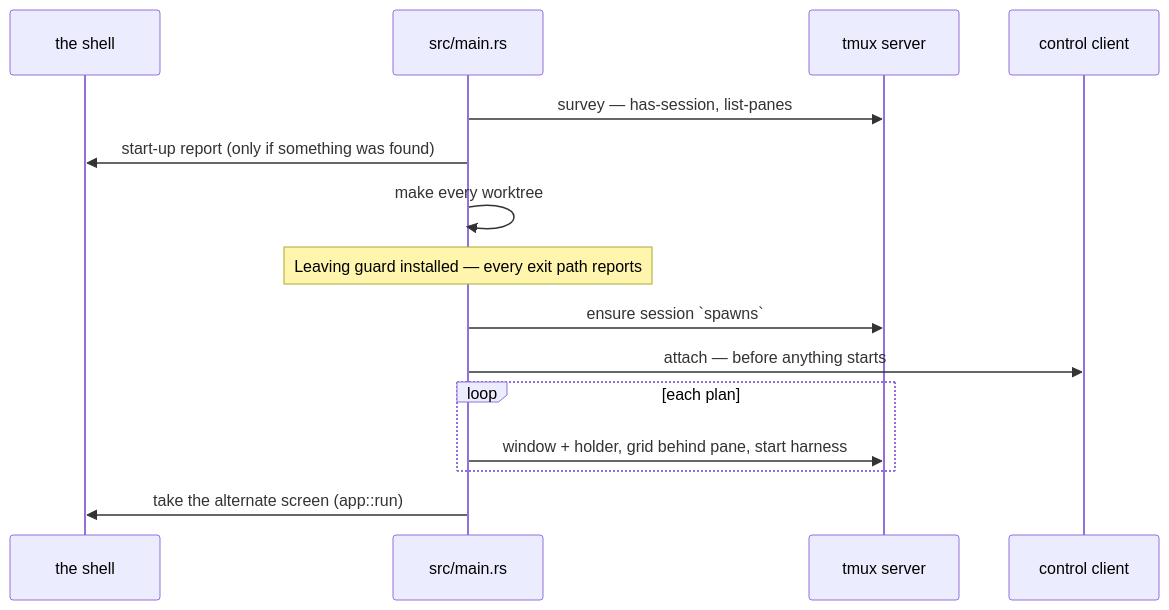
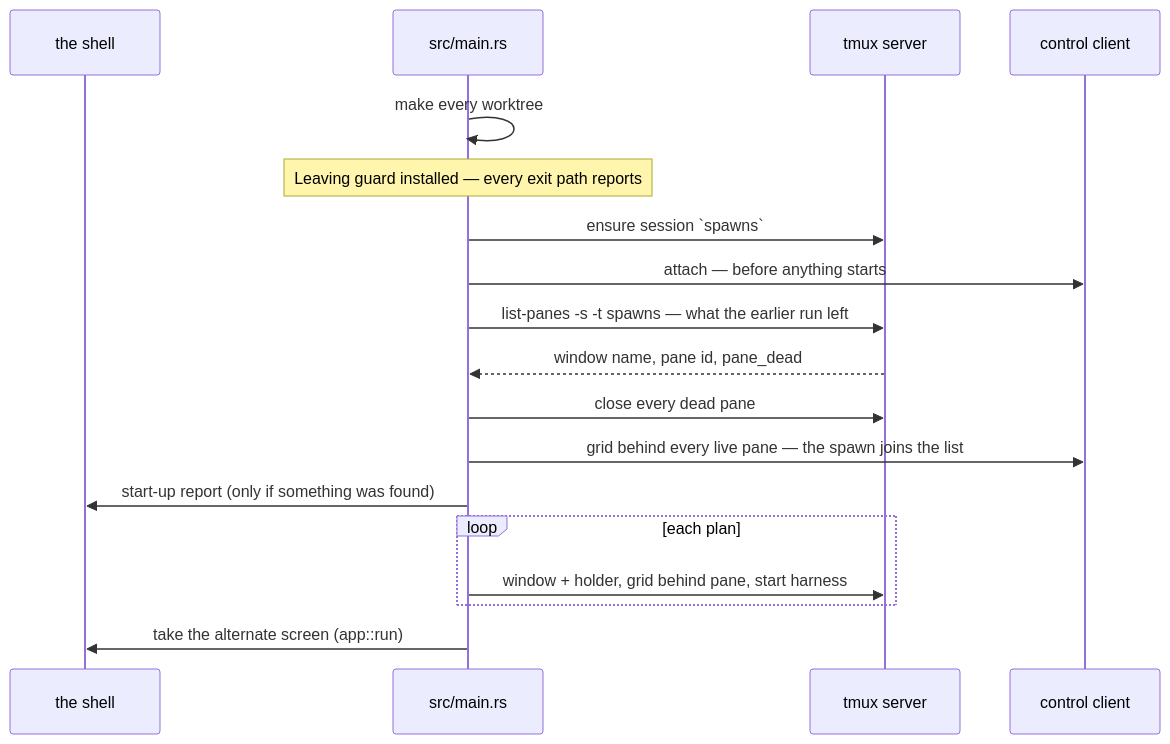
One commit to sylmarien/harness-launcher changed the diagram in docs/developers/components/starting-and-leaving.md. Above: the diagram before and after it, drawn with Mermaid. The commit also changed other lines of this file and 20 other files, not shown here.

First line of the commit message:
Adopt the spawns an earlier run left running

````diff
--- a/docs/developers/components/starting-and-leaving.md
+++ b/docs/developers/components/starting-and-leaving.md
@@ -61,17 +63,20 @@
 ```mermaid
 sequenceDiagram
     participant Shell as the shell
     participant Main as src/main.rs
     participant Tmux as tmux server
     participant Client as control client
-    Main->>Tmux: survey — has-session, list-panes
-    Main->>Shell: start-up report (only if something was found)
     Main->>Main: make every worktree
     Note over Main: Leaving guard installed — every exit path reports
     Main->>Tmux: ensure session `spawns`
     Main->>Client: attach — before anything starts
+    Main->>Tmux: list-panes -s -t spawns — what the earlier run left
+    Tmux-->>Main: window name, pane id, pane_dead
+    Main->>Tmux: close every dead pane
+    Main->>Client: grid behind every live pane — the spawn joins the list
+    Main->>Shell: start-up report (only if something was found)
     loop each plan
         Main->>Tmux: window + holder, grid behind pane, start harness
     end
     Main->>Shell: take the alternate screen (app::run)
 ```
````
